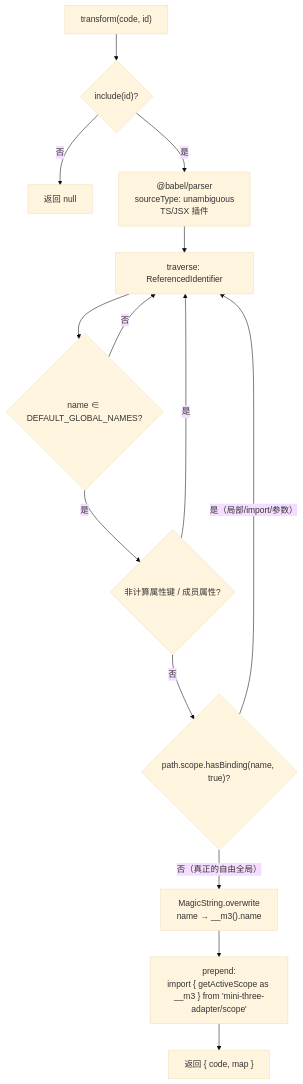
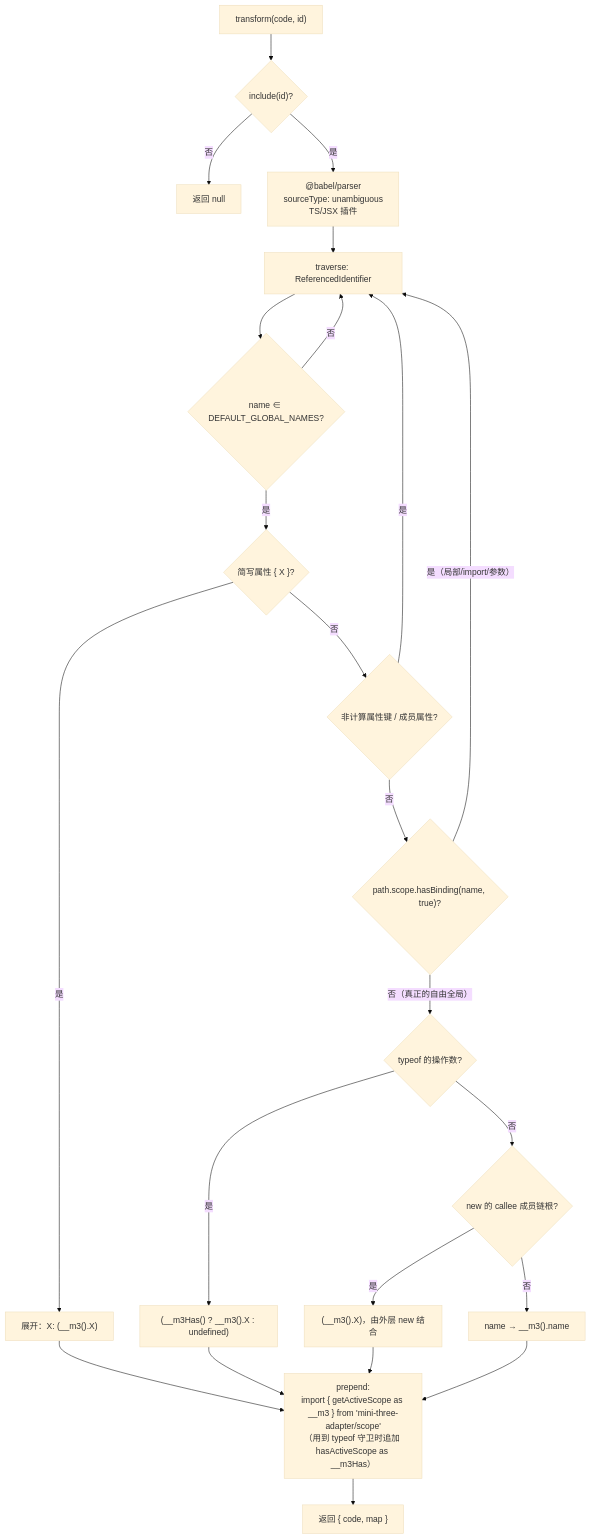
The first of 2 diagrams in docs/05-build-plugin.md (hmtx1024/mini-three-adapter), drawn with Mermaid (base theme) before and after one commit. The commit also changed other lines of this file and 14 other files, not shown here.

````diff
--- a/docs/05-build-plugin.md
+++ b/docs/05-build-plugin.md
@@ -16,16 +16,25 @@
 ```mermaid
 flowchart TD
     A["transform(code, id)"] --> B{"include(id)?"}
     B -->|否| Z["返回 null"]
     B -->|是| C["@babel/parser<br/>sourceType: unambiguous<br/>TS/JSX 插件"]
     C --> D["traverse: ReferencedIdentifier"]
     D --> E{"name ∈ DEFAULT_GLOBAL_NAMES?"}
     E -->|否| D
-    E -->|是| F{"非计算属性键 / 成员属性?"}
-    F -->|是| D
-    F -->|否| G{"path.scope.hasBinding(name, true)?"}
+    E -->|是| F{"简写属性 { X }?"}
+    F -->|是| H1["展开：X: (__m3().X)"]
+    F -->|否| F2{"非计算属性键 / 成员属性?"}
+    F2 -->|是| D
+    F2 -->|否| G{"path.scope.hasBinding(name, true)?"}
     G -->|是（局部/import/参数）| D
-    G -->|否（真正的自由全局）| H["MagicString.overwrite<br/>name → __m3().name"]
-    H --> I["prepend:<br/>import { getActiveScope as __m3 } from 'mini-three-adapter/scope'"]
+    G -->|否（真正的自由全局）| G2{"typeof 的操作数?"}
+    G2 -->|是| H2["(__m3Has() ? __m3().X : undefined)"]
+    G2 -->|否| G3{"new 的 callee 成员链根?"}
+    G3 -->|是| H3["(__m3().X)，由外层 new 结合"]
+    G3 -->|否| H4["name → __m3().name"]
+    H1 --> I["prepend:<br/>import { getActiveScope as __m3 } from 'mini-three-adapter/scope'<br/>（用到 typeof 守卫时追加 hasActiveScope as __m3Has）"]
+    H2 --> I
+    H3 --> I
+    H4 --> I
     I --> J["返回 { code, map }"]
 ```
````
